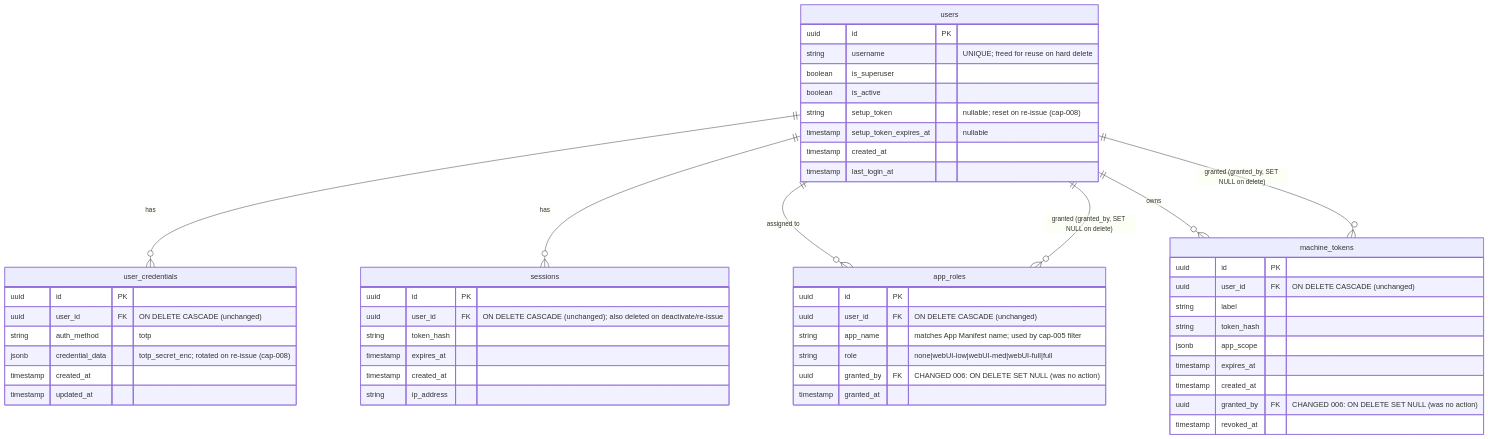
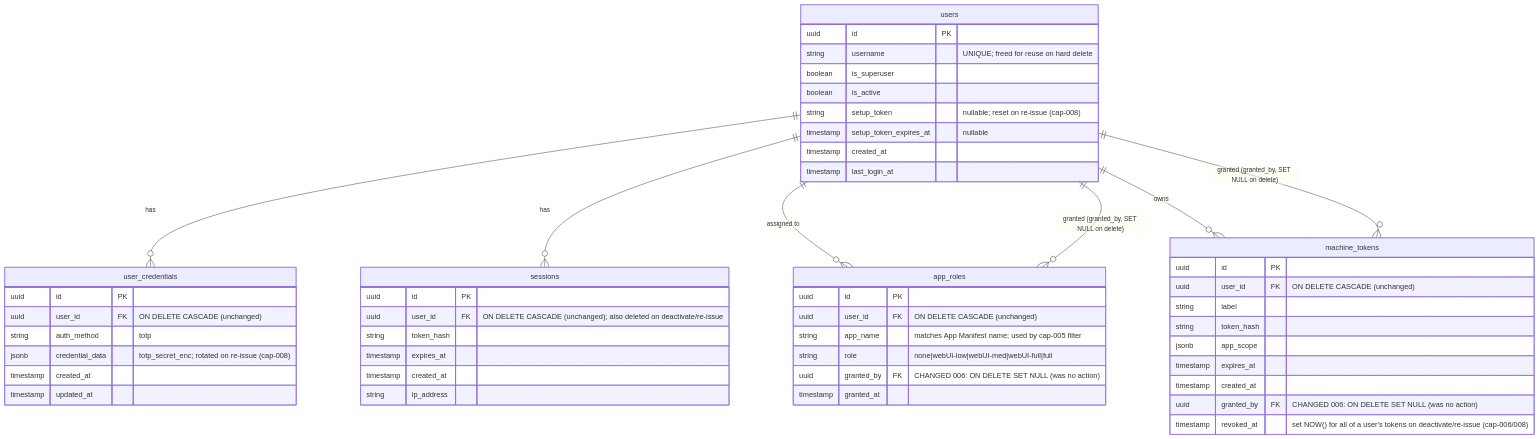
One commit to felipe-stanham/Latarnia changed the diagram in docs/Projects/P-0010/data_model.md. Above: the diagram before and after it, drawn with Mermaid. The commit also changed other lines of this file and 9 other files, not shown here.

````diff
--- a/docs/Projects/P-0010/data_model.md
+++ b/docs/Projects/P-0010/data_model.md
@@ -10,59 +10,59 @@
 ```mermaid
 erDiagram
     users {
         uuid id PK
         string username "UNIQUE; freed for reuse on hard delete"
         boolean is_superuser
         boolean is_active
         string setup_token "nullable; reset on re-issue (cap-008)"
         timestamp setup_token_expires_at "nullable"
         timestamp created_at
         timestamp last_login_at
     }
 
     user_credentials {
         uuid id PK
         uuid user_id FK "ON DELETE CASCADE (unchanged)"
         string auth_method "totp"
         jsonb credential_data "totp_secret_enc; rotated on re-issue (cap-008)"
         timestamp created_at
         timestamp updated_at
     }
 
     sessions {
         uuid id PK
         uuid user_id FK "ON DELETE CASCADE (unchanged); also deleted on deactivate/re-issue"
         string token_hash
         timestamp expires_at
         timestamp created_at
         string ip_address
     }
 
     app_roles {
         uuid id PK
         uuid user_id FK "ON DELETE CASCADE (unchanged)"
         string app_name "matches App Manifest name; used by cap-005 filter"
         string role "none|webUI-low|webUI-med|webUI-full|full"
         uuid granted_by FK "CHANGED 006: ON DELETE SET NULL (was no action)"
         timestamp granted_at
     }
 
     machine_tokens {
         uuid id PK
         uuid user_id FK "ON DELETE CASCADE (unchanged)"
         string label
         string token_hash
         jsonb app_scope
         timestamp expires_at
         timestamp created_at
         uuid granted_by FK "CHANGED 006: ON DELETE SET NULL (was no action)"
-        timestamp revoked_at
+        timestamp revoked_at "set NOW() for all of a user's tokens on deactivate/re-issue (cap-006/008)"
     }
 
     users ||--o{ user_credentials : "has"
     users ||--o{ sessions : "has"
     users ||--o{ app_roles : "assigned to"
     users ||--o{ machine_tokens : "owns"
     users ||--o{ app_roles : "granted (granted_by, SET NULL on delete)"
     users ||--o{ machine_tokens : "granted (granted_by, SET NULL on delete)"
 ```
````
